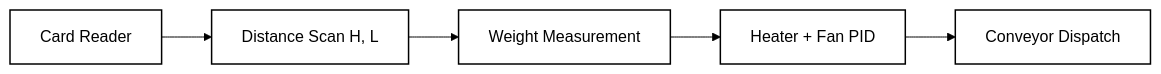
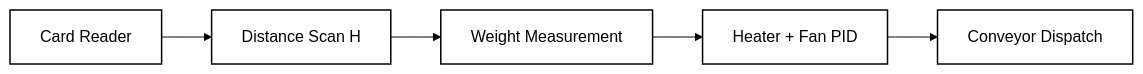
Before and after one commit to Teera235/INC-MINI-project: the first of 4 diagrams in README.md, drawn with Mermaid. The commit also changed other lines of this file and 2 other files, not shown here.

Commit message:
Integrate updated card reader, height-only scan, and step-pattern conveyor

````diff
--- a/README.md
+++ b/README.md
@@ -28,11 +28,11 @@
 ```mermaid
 %%{init: {'theme':'base','themeVariables':{'primaryColor':'#ffffff','primaryBorderColor':'#000000','primaryTextColor':'#000000','lineColor':'#000000','secondaryColor':'#f5f5f5','tertiaryColor':'#ffffff','background':'#ffffff','clusterBkg':'#fafafa','clusterBorder':'#000000'}}}%%
 flowchart LR
-    A[Card Reader] --> B[Distance Scan H, L]
+    A[Card Reader] --> B[Distance Scan H]
     B --> C[Weight Measurement]
     C --> D[Heater + Fan PID]
     D --> E[Conveyor Dispatch]
 
     classDef node fill:#ffffff,stroke:#000000,stroke-width:1.5px,color:#000000;
     class A,B,C,D,E node;
 ```
````
